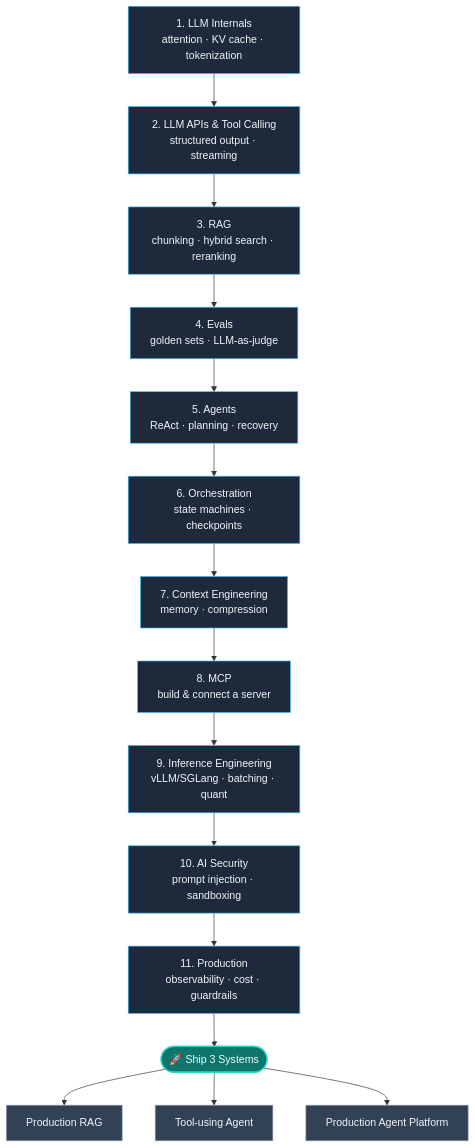
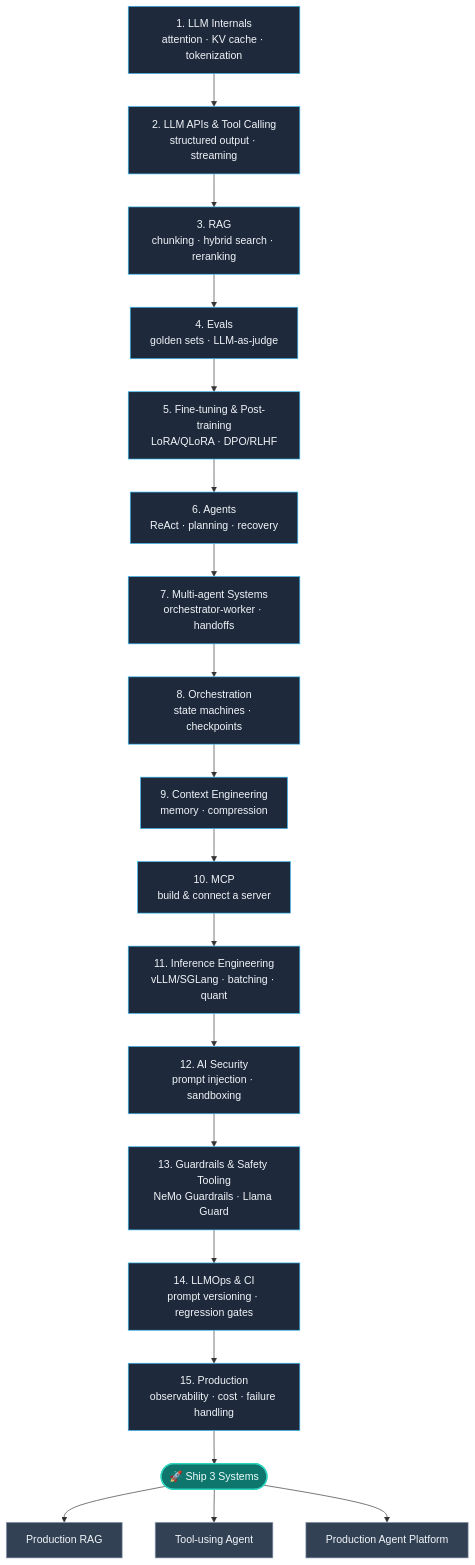
The diagram in README.md (ashishpatel26/production-ai-engineering-roadmap), drawn with Mermaid before and after one commit. The commit also changed other lines of this file, not shown here.

First line of the commit message:
Add fine-tuning, multi-agent, guardrails, and LLMOps stages

````diff
--- a/README.md
+++ b/README.md
@@ -55,24 +63,28 @@
 ```mermaid
 flowchart TD
     A["1. LLM Internals<br/>attention · KV cache · tokenization"] --> B["2. LLM APIs & Tool Calling<br/>structured output · streaming"]
     B --> C["3. RAG<br/>chunking · hybrid search · reranking"]
     C --> D["4. Evals<br/>golden sets · LLM-as-judge"]
-    D --> E["5. Agents<br/>ReAct · planning · recovery"]
-    E --> F["6. Orchestration<br/>state machines · checkpoints"]
-    F --> G["7. Context Engineering<br/>memory · compression"]
-    G --> H["8. MCP<br/>build & connect a server"]
-    H --> I["9. Inference Engineering<br/>vLLM/SGLang · batching · quant"]
-    I --> J["10. AI Security<br/>prompt injection · sandboxing"]
-    J --> K["11. Production<br/>observability · cost · guardrails"]
-    K --> L(["🚀 Ship 3 Systems"])
-    L --> M1["Production RAG"]
-    L --> M2["Tool-using Agent"]
-    L --> M3["Production Agent Platform"]
+    D --> E["5. Fine-tuning & Post-training<br/>LoRA/QLoRA · DPO/RLHF"]
+    E --> F["6. Agents<br/>ReAct · planning · recovery"]
+    F --> G["7. Multi-agent Systems<br/>orchestrator-worker · handoffs"]
+    G --> H["8. Orchestration<br/>state machines · checkpoints"]
+    H --> I["9. Context Engineering<br/>memory · compression"]
+    I --> J["10. MCP<br/>build & connect a server"]
+    J --> K["11. Inference Engineering<br/>vLLM/SGLang · batching · quant"]
+    K --> L["12. AI Security<br/>prompt injection · sandboxing"]
+    L --> M["13. Guardrails & Safety Tooling<br/>NeMo Guardrails · Llama Guard"]
+    M --> N["14. LLMOps & CI<br/>prompt versioning · regression gates"]
+    N --> O["15. Production<br/>observability · cost · failure handling"]
+    O --> P(["🚀 Ship 3 Systems"])
+    P --> M1["Production RAG"]
+    P --> M2["Tool-using Agent"]
+    P --> M3["Production Agent Platform"]
 
     classDef stage fill:#1e293b,stroke:#38bdf8,stroke-width:1px,color:#f1f5f9;
     classDef ship fill:#0f766e,stroke:#2dd4bf,stroke-width:2px,color:#f0fdfa;
     classDef project fill:#334155,stroke:#94a3b8,stroke-width:1px,color:#f1f5f9;
-    class A,B,C,D,E,F,G,H,I,J,K stage;
-    class L ship;
+    class A,B,C,D,E,F,G,H,I,J,K,L,M,N,O stage;
+    class P ship;
     class M1,M2,M3 project;
 ```
````
